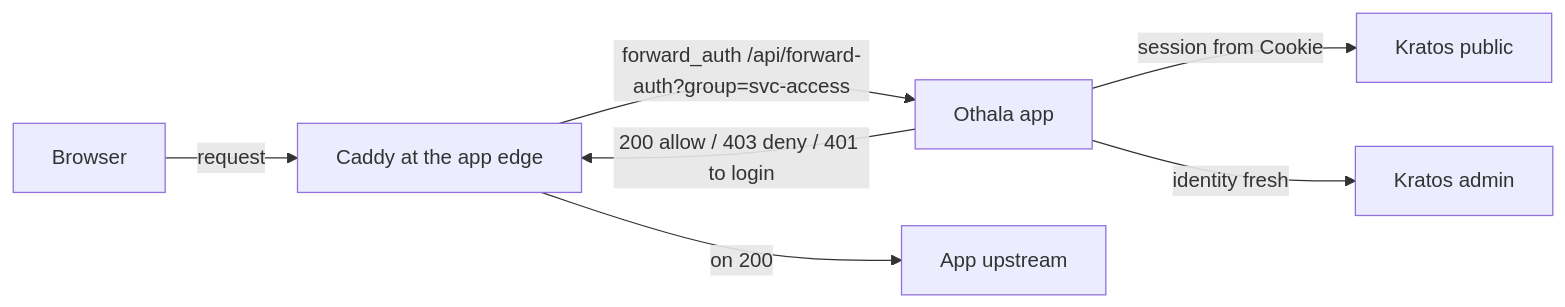
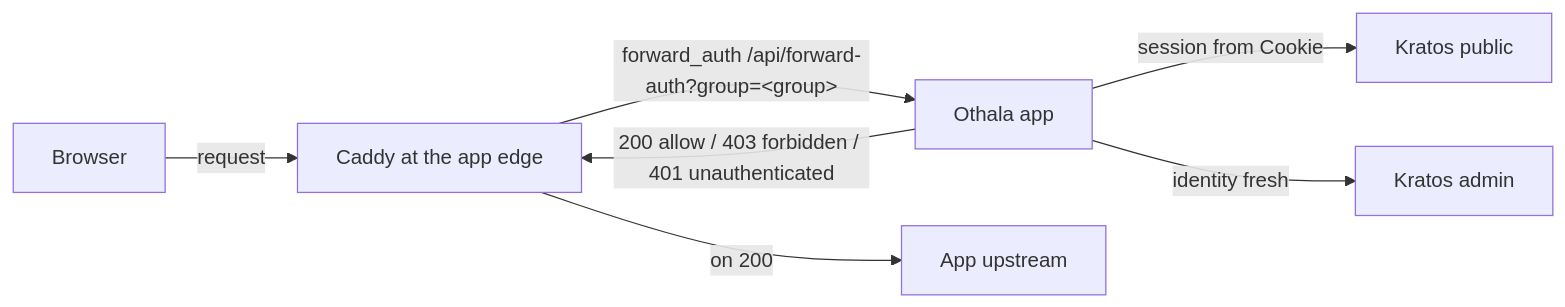
One commit to andrewdunndev/othala changed the third of 3 diagrams in ARCHITECTURE.md. Above: the diagram before and after it, drawn with Mermaid. The commit also changed other lines of this file and 22 other files, not shown here.

````diff
--- a/ARCHITECTURE.md
+++ b/ARCHITECTURE.md
@@ -605,9 +601,9 @@
 ```mermaid
 flowchart LR
   b[Browser] -->|request| c[Caddy at the app edge]
-  c -->|forward_auth /api/forward-auth?group=svc-access| o[Othala app]
+  c -->|forward_auth /api/forward-auth?group=&lt;group&gt;| o[Othala app]
   o -->|session from Cookie| k[Kratos public]
   o -->|identity fresh| ka[Kratos admin]
-  o -->|200 allow / 403 deny / 401 to login| c
+  o -->|200 allow / 403 forbidden / 401 unauthenticated| c
   c -->|on 200| app[App upstream]
 ```
````
